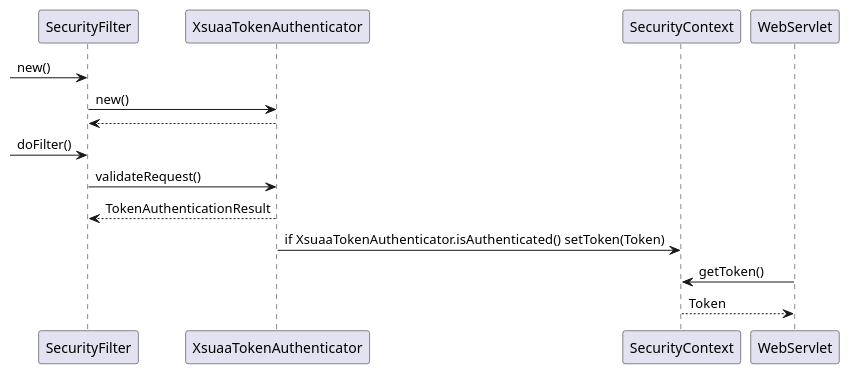
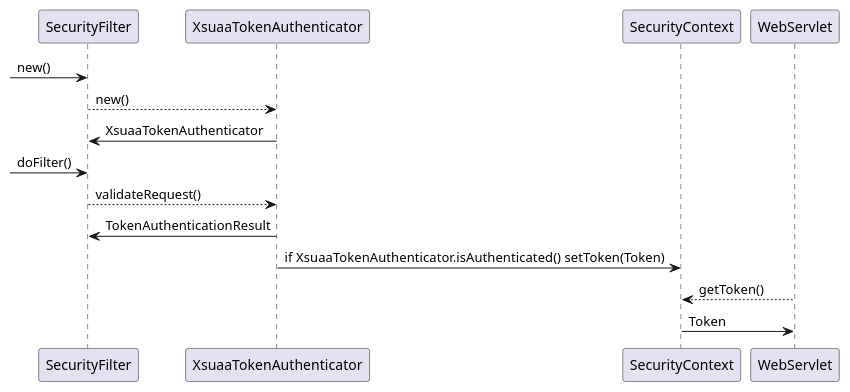
The diagram in java-security/images/xsuaaFilter.puml (SAP/cloud-security-services-integration-library), drawn with PlantUML before and after one commit. The commit also changed 1 other file, not shown here.

```diff
--- a/java-security/images/xsuaaFilter.puml
+++ b/java-security/images/xsuaaFilter.puml
@@ -1,14 +1,14 @@
 @startuml
 -> SecurityFilter: new()
-SecurityFilter -> XsuaaTokenAuthenticator: new()
-XsuaaTokenAuthenticator --> SecurityFilter
+SecurityFilter --> XsuaaTokenAuthenticator: new()
+XsuaaTokenAuthenticator -> SecurityFilter: XsuaaTokenAuthenticator
 
 -> SecurityFilter: doFilter()
-SecurityFilter -> XsuaaTokenAuthenticator: validateRequest()
-XsuaaTokenAuthenticator --> SecurityFilter: TokenAuthenticationResult
+SecurityFilter --> XsuaaTokenAuthenticator: validateRequest()
+XsuaaTokenAuthenticator -> SecurityFilter: TokenAuthenticationResult
 
 XsuaaTokenAuthenticator -> SecurityContext: if XsuaaTokenAuthenticator.isAuthenticated() setToken(Token)
 
-WebServlet -> SecurityContext: getToken()
-SecurityContext --> WebServlet: Token
+WebServlet --> SecurityContext: getToken()
+SecurityContext -> WebServlet: Token
 @enduml
```
